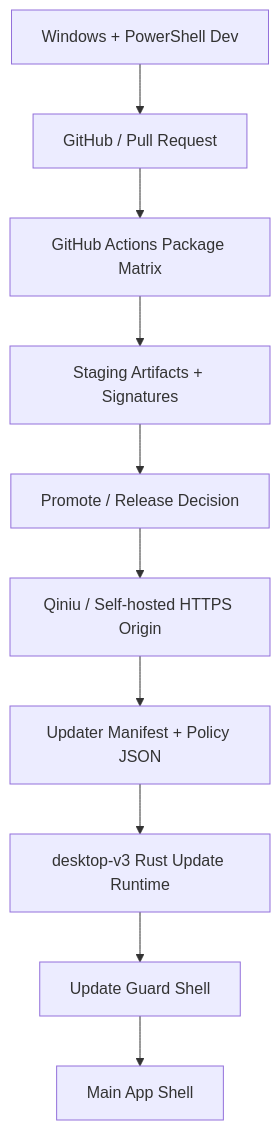
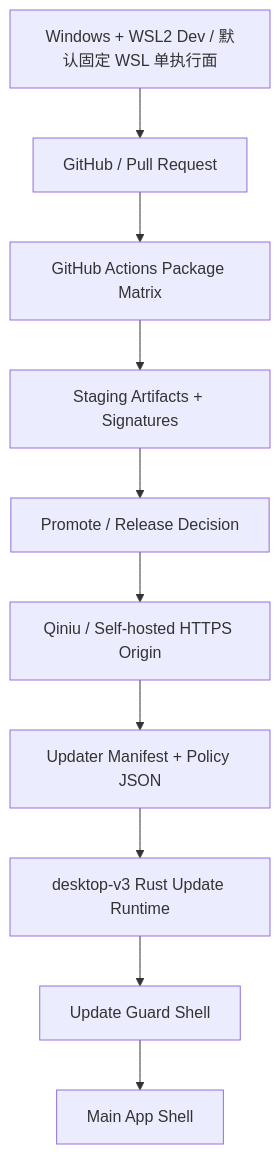
One commit to AigcFox888/AigcFox changed the diagram in docs/276-desktop-v3-delivery-updater-detailed-design.md. Above: the diagram before and after it, drawn with Mermaid. The commit also changed 15 other files, not shown here.

````diff
--- a/docs/276-desktop-v3-delivery-updater-detailed-design.md
+++ b/docs/276-desktop-v3-delivery-updater-detailed-design.md
@@ -18,12 +18,12 @@
 ```mermaid
 graph TD
-    DEV["Windows + PowerShell Dev"] --> GH["GitHub / Pull Request"]
+    DEV["Windows + WSL2 Dev / 默认固定 WSL 单执行面"] --> GH["GitHub / Pull Request"]
     GH --> GHA["GitHub Actions Package Matrix"]
     GHA --> STAGE["Staging Artifacts + Signatures"]
     STAGE --> PROMOTE["Promote / Release Decision"]
     PROMOTE --> ORIGIN["Qiniu / Self-hosted HTTPS Origin"]
     ORIGIN --> MANIFEST["Updater Manifest + Policy JSON"]
     MANIFEST --> RUNTIME["desktop-v3 Rust Update Runtime"]
     RUNTIME --> UI["Update Guard Shell"]
     UI --> APP["Main App Shell"]
 ```
````
